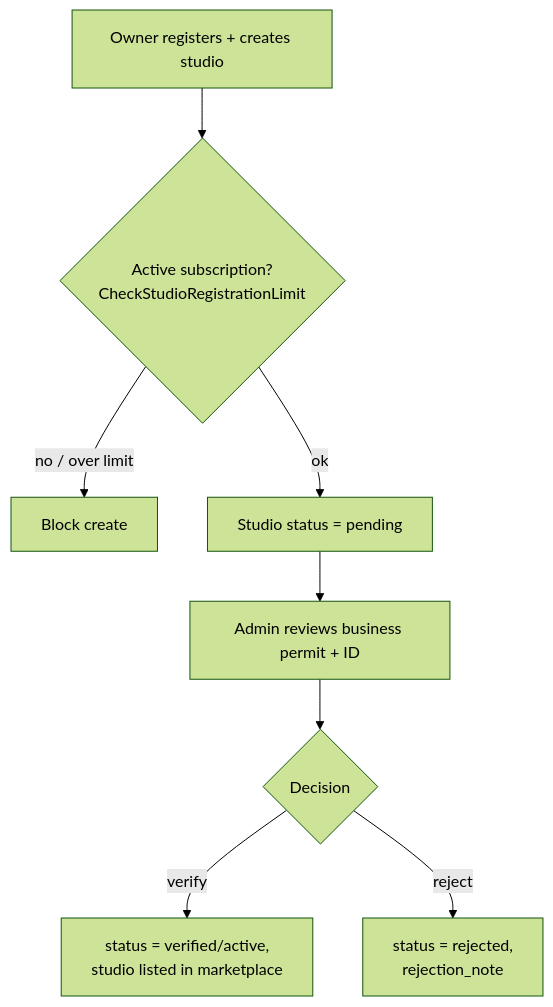
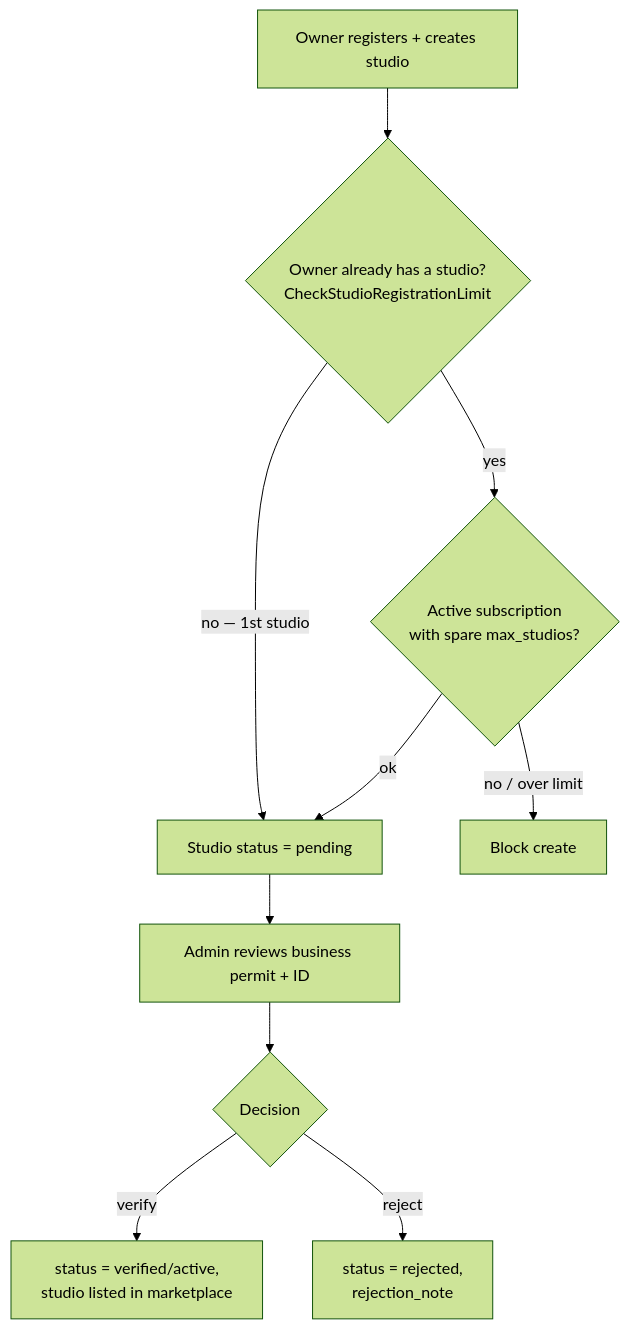
Before and after one commit to ChocooChocoo/project-photography: diagram 12 of 13 in docs/01-ANALYSIS/TECHNICAL ANALYSIS.md, drawn with Mermaid (forest theme). The commit also changed other lines of this file and 10 other files, not shown here.

First line of the commit message:
docs: analyze the studio subscription lifecycle from trial to expiry

````diff
--- a/docs/01-ANALYSIS/TECHNICAL ANALYSIS.md
+++ b/docs/01-ANALYSIS/TECHNICAL ANALYSIS.md
@@ -387,10 +387,12 @@
 ```mermaid
 flowchart TD
-    A[Owner registers + creates studio] --> B{Active subscription?<br/>CheckStudioRegistrationLimit}
-    B -->|no / over limit| C[Block create]
-    B -->|ok| D[Studio status = pending]
+    A[Owner registers + creates studio] --> B{Owner already has a studio?<br/>CheckStudioRegistrationLimit}
+    B -->|no — 1st studio| D[Studio status = pending]
+    B -->|yes| B2{Active subscription<br/>with spare max_studios?}
+    B2 -->|no / over limit| C[Block create]
+    B2 -->|ok| D
     D --> E[Admin reviews business permit + ID]
     E --> F{Decision}
     F -->|verify| G[status = verified/active,<br/>studio listed in marketplace]
     F -->|reject| H[status = rejected,<br/>rejection_note]
 ```
````
